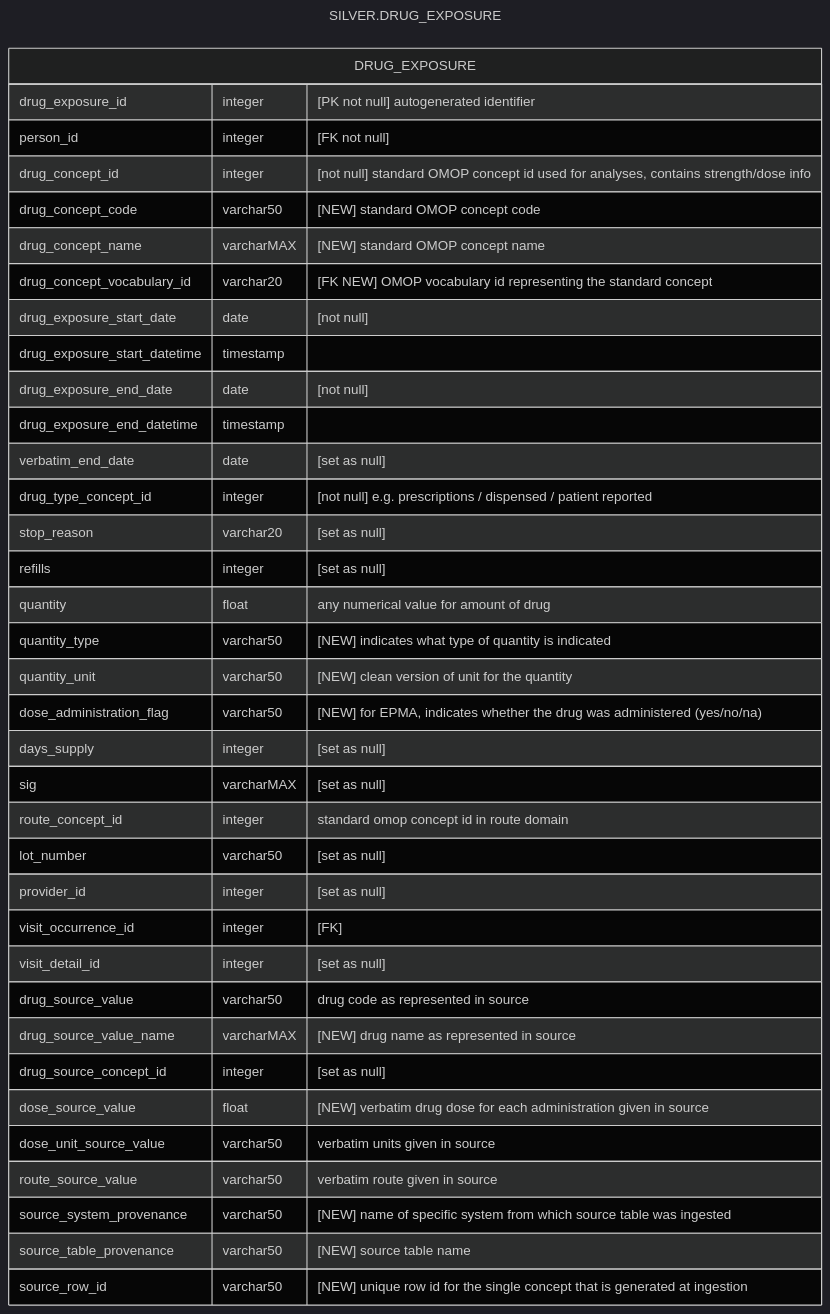
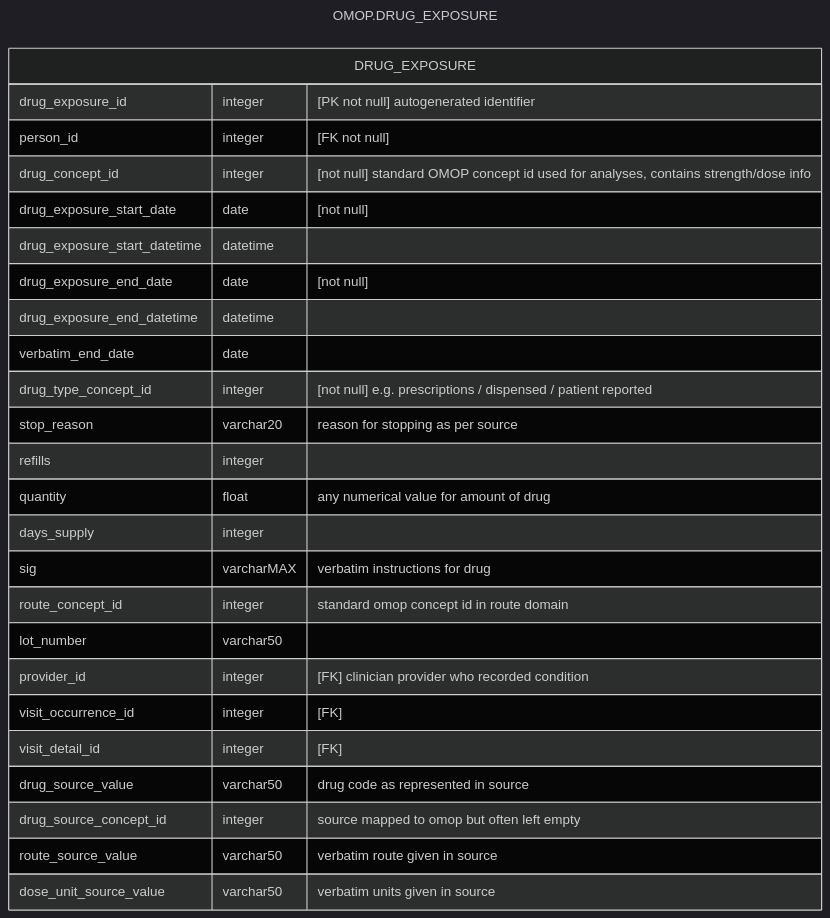
One commit to d3london/sde_aic_external_docs changed the fourth of 4 diagrams in src/pages/data_model/cdm_drug_exposure.qmd. Above: the diagram before and after it, drawn with Mermaid (dark theme). The commit also changed other lines of this file and 4 other files, not shown here.

````diff
--- a/src/pages/data_model/cdm_drug_exposure.qmd
+++ b/src/pages/data_model/cdm_drug_exposure.qmd
@@ -175,42 +180,31 @@
 ```{mermaid}
 ---
-title: SILVER.DRUG_EXPOSURE
+title: OMOP.DRUG_EXPOSURE
 ---
 erDiagram
     DRUG_EXPOSURE {
         drug_exposure_id integer "[PK not null] autogenerated identifier"
         person_id integer "[FK not null]"
         drug_concept_id integer "[not null] standard OMOP concept id used for analyses, contains strength/dose info"
-        drug_concept_code varchar50 "[NEW] standard OMOP concept code"
-        drug_concept_name varcharMAX "[NEW] standard OMOP concept name"
-        drug_concept_vocabulary_id varchar20 "[FK NEW] OMOP vocabulary id representing the standard concept"        
         drug_exposure_start_date date "[not null]"
-        drug_exposure_start_datetime timestamp
+        drug_exposure_start_datetime datetime
         drug_exposure_end_date date "[not null]"
-        drug_exposure_end_datetime timestamp
-        verbatim_end_date date "[set as null]"
+        drug_exposure_end_datetime datetime
+        verbatim_end_date date
         drug_type_concept_id integer "[not null] e.g. prescriptions / dispensed / patient reported"
-        stop_reason varchar20 "[set as null]"
-        refills integer "[set as null]"
+        stop_reason varchar20 "reason for stopping as per source"
+        refills integer
         quantity float "any numerical value for amount of drug"
-        quantity_type varchar50 "[NEW] indicates what type of quantity is indicated"
-        quantity_unit varchar50 "[NEW] clean version of unit for the quantity"
-        dose_administration_flag varchar50 "[NEW] for EPMA, indicates whether the drug was administered (yes/no/na)"        
-        days_supply integer "[set as null]"
-        sig varcharMAX "[set as null]"
+        days_supply integer
+        sig varcharMAX "verbatim instructions for drug"
         route_concept_id integer "standard omop concept id in route domain"
-        lot_number varchar50 "[set as null]"
-        provider_id integer "[set as null]"
+        lot_number varchar50
+        provider_id integer "[FK] clinician provider who recorded condition"
         visit_occurrence_id integer "[FK]"
-        visit_detail_id integer "[set as null]"
+        visit_detail_id integer "[FK]"
         drug_source_value varchar50 "drug code as represented in source"
-        drug_source_value_name varcharMAX "[NEW] drug name as represented in source"        
-        drug_source_concept_id integer "[set as null]"
-        dose_source_value float "[NEW] verbatim drug dose for each administration given in source"
+        drug_source_concept_id integer "source mapped to omop but often left empty"
+        route_source_value varchar50 "verbatim route given in source"
         dose_unit_source_value varchar50 "verbatim units given in source"
-        route_source_value varchar50 "verbatim route given in source"
-        source_system_provenance varchar50 "[NEW] name of specific system from which source table was ingested"
-        source_table_provenance varchar50 "[NEW] source table name"
-        source_row_id varchar50 "[NEW] unique row id for the single concept that is generated at ingestion"        
     }
 ```
````
